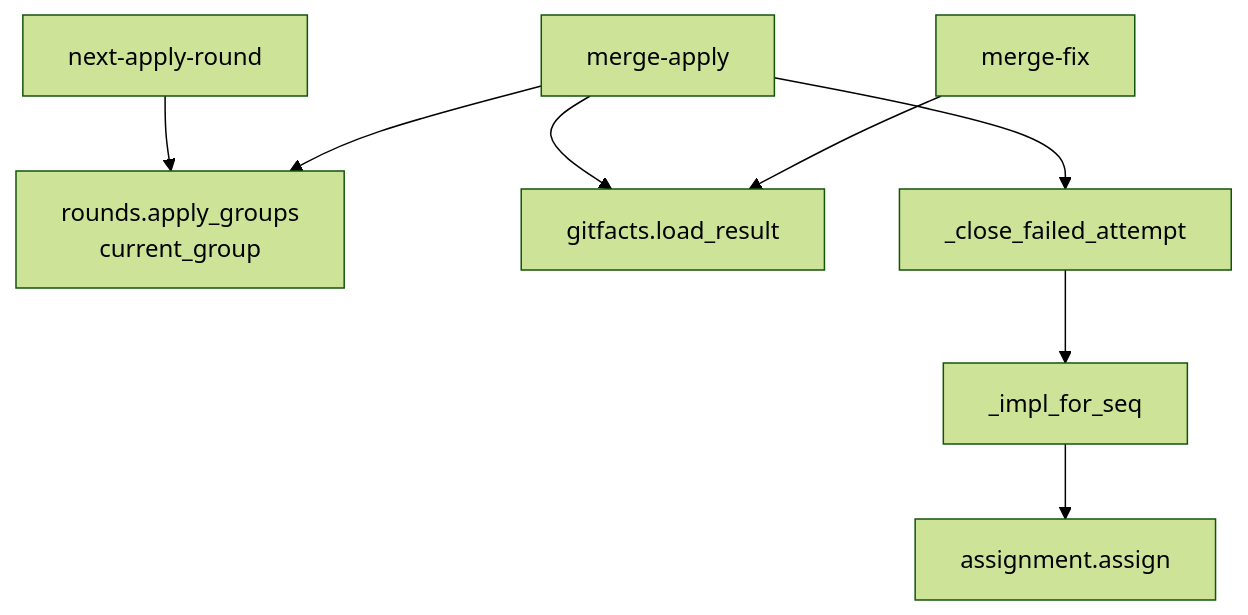
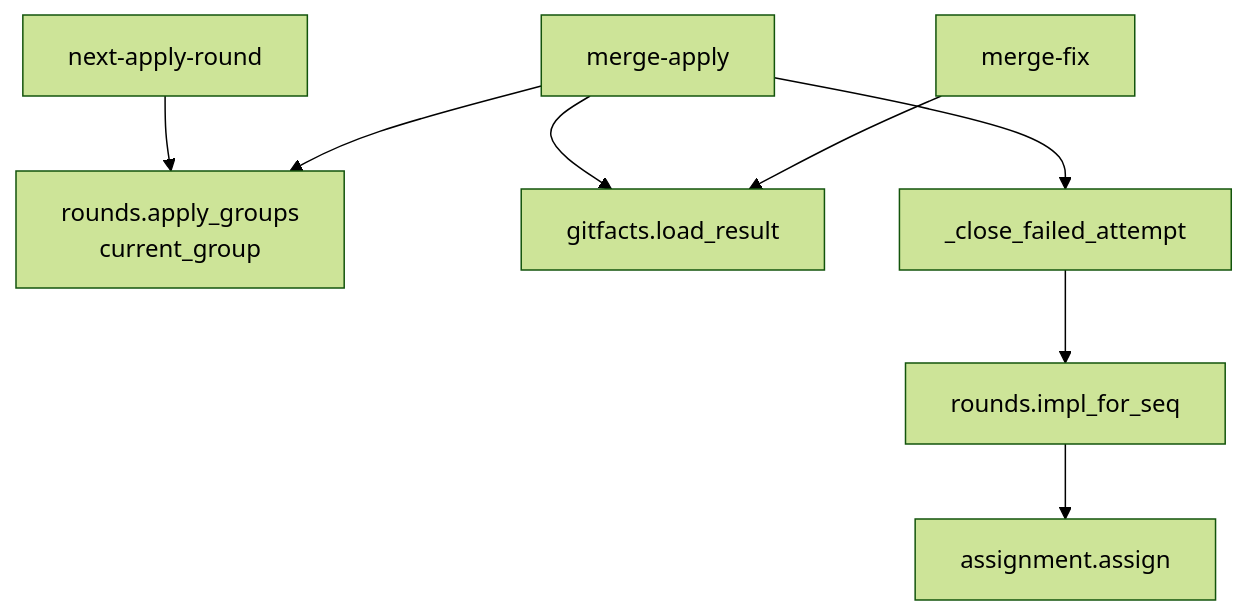
Before and after one commit to devbasex/ai-plugins: the first of 6 diagrams in issues/issue-647-592-553-design.md, drawn with Mermaid (forest theme). The commit also changed other lines of this file and 1 other file, not shown here.

Commit message:
Fix: 作業を任せる担当の決定を rounds.impl_for_seq へ置き、最終ゲートの修正担当も通す（#665 レビュー対応）

````diff
--- a/issues/issue-647-592-553-design.md
+++ b/issues/issue-647-592-553-design.md
@@ -226,10 +238,10 @@
 ```mermaid
 graph TD
     N[next-apply-round] --> G[rounds.apply_groups<br/>current_group]
     A[merge-apply] --> G
     A --> LR[gitfacts.load_result]
     F[merge-fix] --> LR
     A --> C[_close_failed_attempt]
-    C --> S[_impl_for_seq]
+    C --> S[rounds.impl_for_seq]
     S --> AS[assignment.assign]
 ```
````
